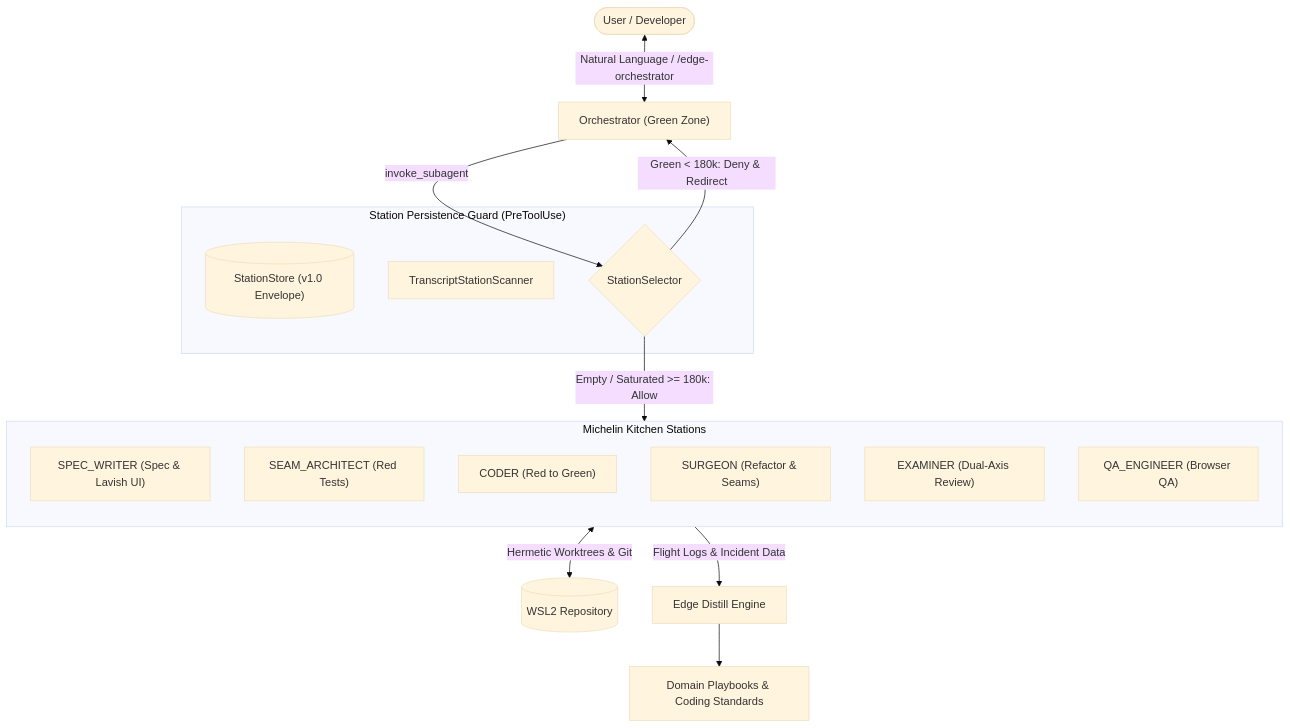
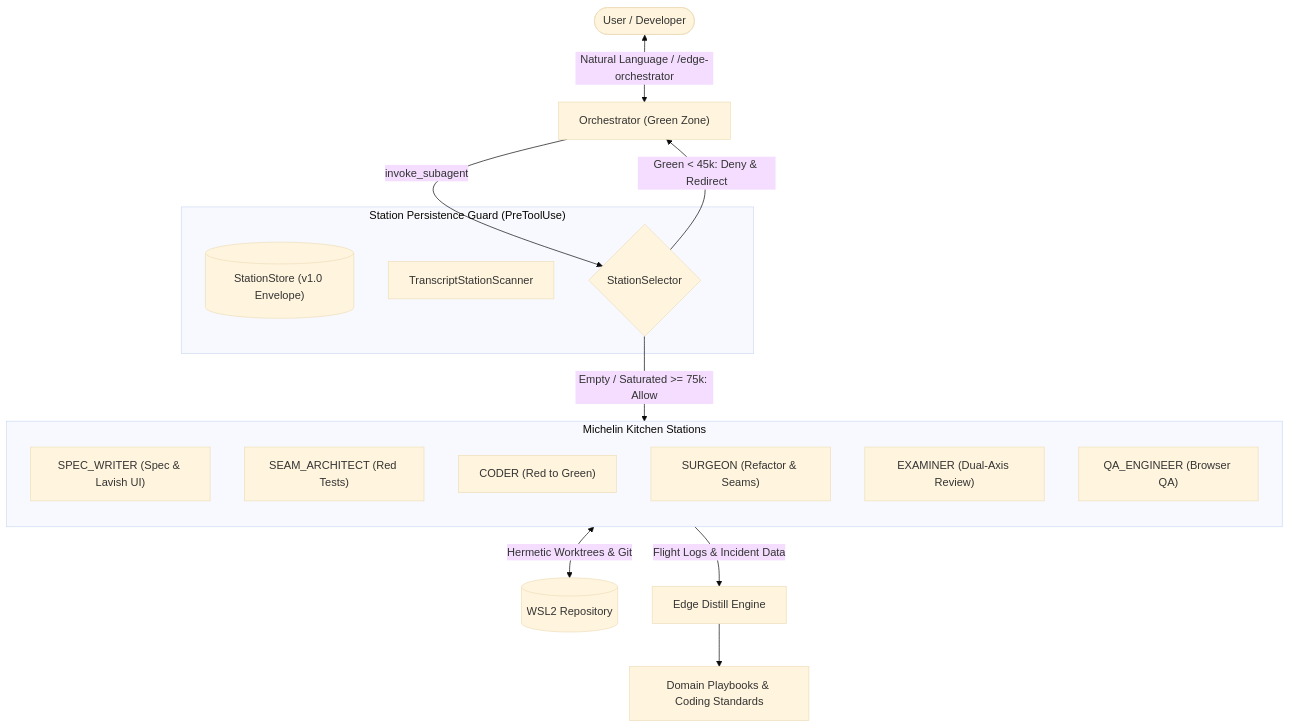
One commit to oguzalp7/edge changed the diagram in ARCHITECTURE.md. Above: the diagram before and after it, drawn with Mermaid (base theme). The commit also changed other lines of this file and 6 other files, not shown here.

````diff
--- a/ARCHITECTURE.md
+++ b/ARCHITECTURE.md
@@ -199,28 +218,28 @@
 ```mermaid
 flowchart TD
     User([User / Developer]) <-->|Natural Language / /edge-orchestrator| Orch["Orchestrator (Green Zone)"]
     
     subgraph AntigraveyardGuard ["Station Persistence Guard (PreToolUse)"]
         Store[("StationStore (v1.0 Envelope)")]
         Scanner["TranscriptStationScanner"]
         Selector{"StationSelector"}
     end
 
     Orch -->|invoke_subagent| Selector
-    Selector -->|Green < 180k: Deny & Redirect| Orch
-    Selector -->|Empty / Saturated >= 180k: Allow| Kitchen
+    Selector -->|Green < 45k: Deny & Redirect| Orch
+    Selector -->|Empty / Saturated >= 75k: Allow| Kitchen
 
     subgraph Kitchen ["Michelin Kitchen Stations"]
         direction TB
         SpecWriter["SPEC_WRITER (Spec & Lavish UI)"]
         SeamArch["SEAM_ARCHITECT (Red Tests)"]
         Coder["CODER (Red to Green)"]
         Surgeon["SURGEON (Refactor & Seams)"]
         Examiner["EXAMINER (Dual-Axis Review)"]
         QA["QA_ENGINEER (Browser QA)"]
     end
 
     Kitchen <-->|Hermetic Worktrees & Git| Repo[("WSL2 Repository")]
     Kitchen -->|Flight Logs & Incident Data| Distill["Edge Distill Engine"]
     Distill --> Playbooks["Domain Playbooks & Coding Standards"]
 ```
````
